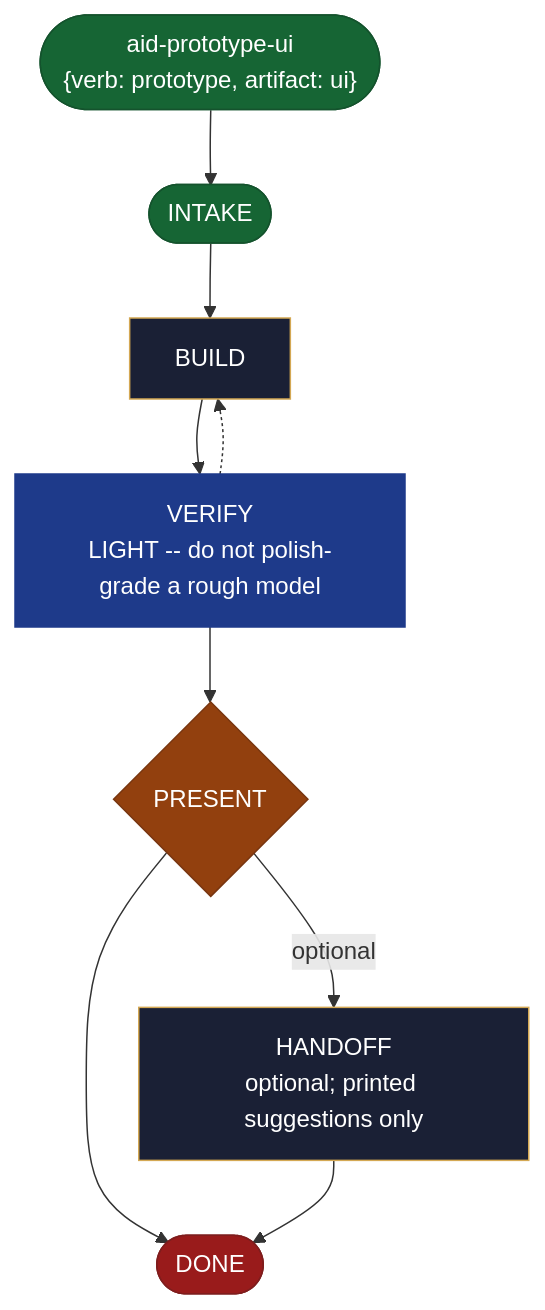
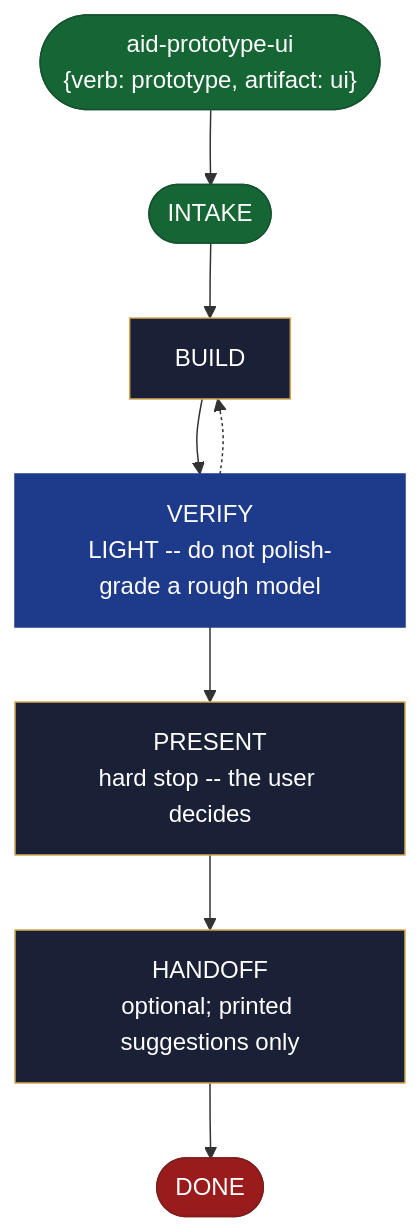
The diagram in site/src/content/docs/skills/aid-prototype-ui.md (AndreVianna/aid-methodology), drawn with Mermaid before and after one commit. The commit also changed other lines of this file and 49 other files, not shown here.

````diff
--- a/site/src/content/docs/skills/aid-prototype-ui.md
+++ b/site/src/content/docs/skills/aid-prototype-ui.md
@@ -20,38 +20,37 @@
 ```mermaid
 flowchart TB
   classDef aidNode color:#fff
   classDef aidEntry fill:#166534,stroke:#14532d,color:#fff
   classDef aidExit fill:#991b1b,stroke:#7f1d1d,color:#fff
   classDef aidDecision fill:#92400e,stroke:#78350f,color:#fff
   classDef aidLoopBack fill:#1e3a8a,stroke:#1e3a8a,color:#fff
   classDef aidStep fill:#1a2035,stroke:#d4a853,color:#f1f5f9
   n1(["aid-prototype-ui<br/>{verb: prototype, artifact: ui}"])
   n2(["INTAKE"])
   n3["BUILD"]
   n4["VERIFY<br/>LIGHT -- do not polish-grade a rough model"]
-  n5{"PRESENT"}
+  n5["PRESENT<br/>hard stop -- the user decides"]
   n6["HANDOFF<br/>optional; printed suggestions only"]
   n7(["DONE"])
   n1 --> n2
   n2 --> n3
   n3 --> n4
   n4 -.-> n3
   n4 --> n5
-  n5 -->|"optional"| n6
-  n5 --> n7
+  n5 --> n6
   n6 --> n7
   class n1 aidEntry
   class n2 aidEntry
   class n3 aidStep
   class n4 aidLoopBack
-  class n5 aidDecision
+  class n5 aidStep
   class n6 aidStep
   class n7 aidExit
   class n1 aidNode
   class n2 aidNode
   class n3 aidNode
   class n4 aidNode
   class n5 aidNode
   class n6 aidNode
   class n7 aidNode
 ```
````
